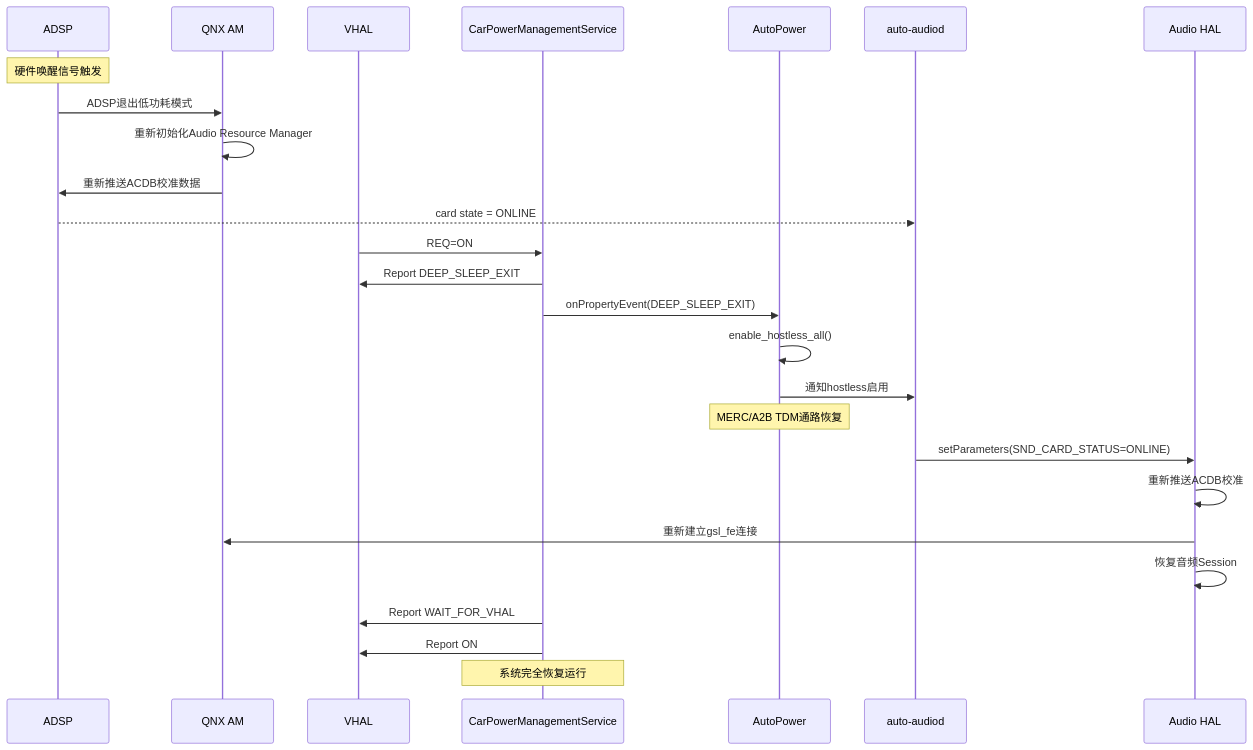
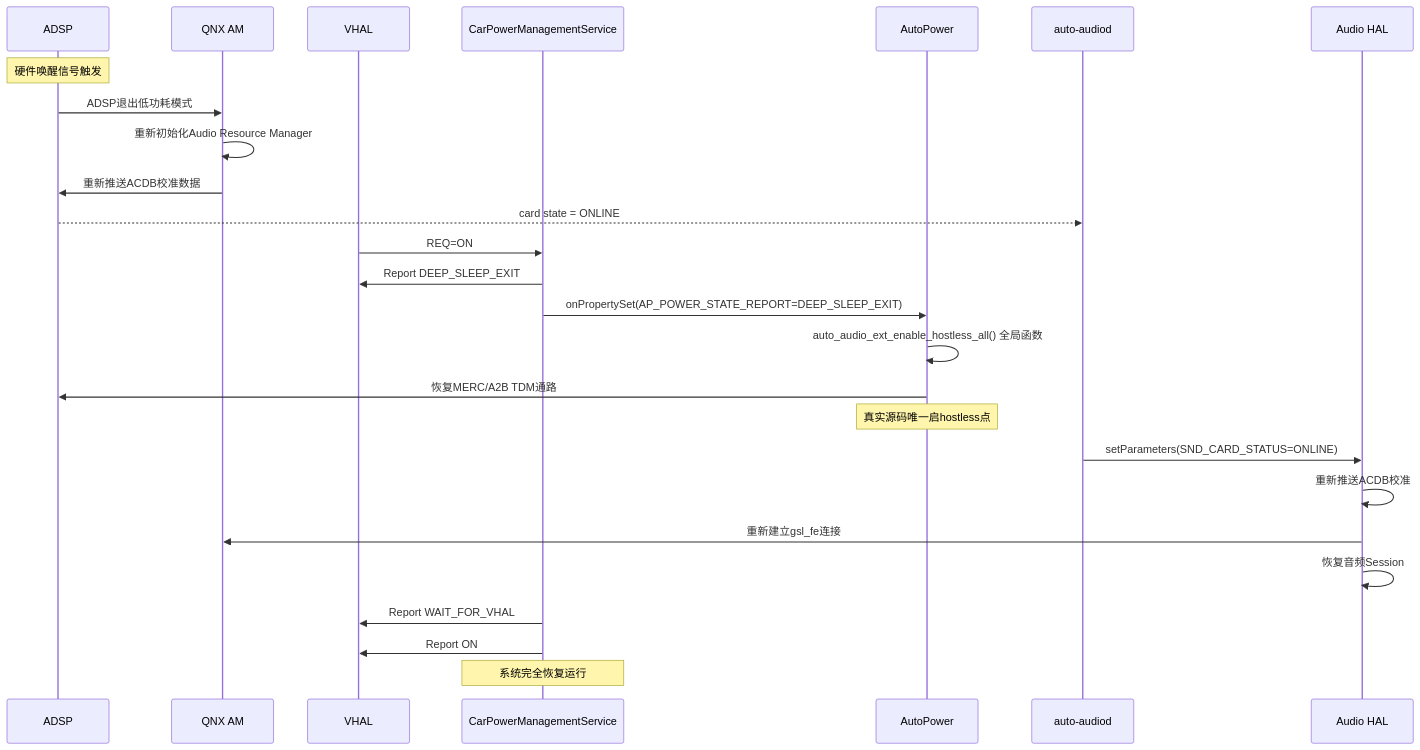
The fourth of 7 diagrams in 16_Vendor_QNX_Architecture/16_16.3_AutoPower与VHAL集成.md (yanglinzhen1022/SA8295_AAOS_QNX_Audio_KnowledgeBase), drawn with Mermaid before and after one commit. The commit also changed other lines of this file and 48 other files, not shown here.

````diff
--- a/16_Vendor_QNX_Architecture/16_16.3_AutoPower与VHAL集成.md
+++ b/16_Vendor_QNX_Architecture/16_16.3_AutoPower与VHAL集成.md
@@ -472,33 +410,33 @@
 ```mermaid
 sequenceDiagram
     participant ADSP as ADSP
     participant QNX as QNX AM
     participant VHAL as VHAL
     participant CPMS as CarPowerManagementService
     participant AP as AutoPower
     participant AUDIOD as auto-audiod
     participant AHAL as Audio HAL
 
     Note over ADSP: 硬件唤醒信号触发
     ADSP->>QNX: ADSP退出低功耗模式
     QNX->>QNX: 重新初始化Audio Resource Manager
     QNX->>ADSP: 重新推送ACDB校准数据
 
     ADSP-->>AUDIOD: card state = ONLINE
     VHAL->>CPMS: REQ=ON
     CPMS->>VHAL: Report DEEP_SLEEP_EXIT
-    CPMS->>AP: onPropertyEvent(DEEP_SLEEP_EXIT)
+    CPMS->>AP: onPropertySet(AP_POWER_STATE_REPORT=DEEP_SLEEP_EXIT)
 
-    AP->>AP: enable_hostless_all()
-    AP->>AUDIOD: 通知hostless启用
-    Note over AP: MERC/A2B TDM通路恢复
+    AP->>AP: auto_audio_ext_enable_hostless_all() 全局函数
+    AP->>ADSP: 恢复MERC/A2B TDM通路
+    Note over AP: 真实源码唯一启hostless点
 
     AUDIOD->>AHAL: setParameters(SND_CARD_STATUS=ONLINE)
     AHAL->>AHAL: 重新推送ACDB校准
     AHAL->>QNX: 重新建立gsl_fe连接
     AHAL->>AHAL: 恢复音频Session
 
     CPMS->>VHAL: Report WAIT_FOR_VHAL
     CPMS->>VHAL: Report ON
     Note over CPMS: 系统完全恢复运行
 ```
````
